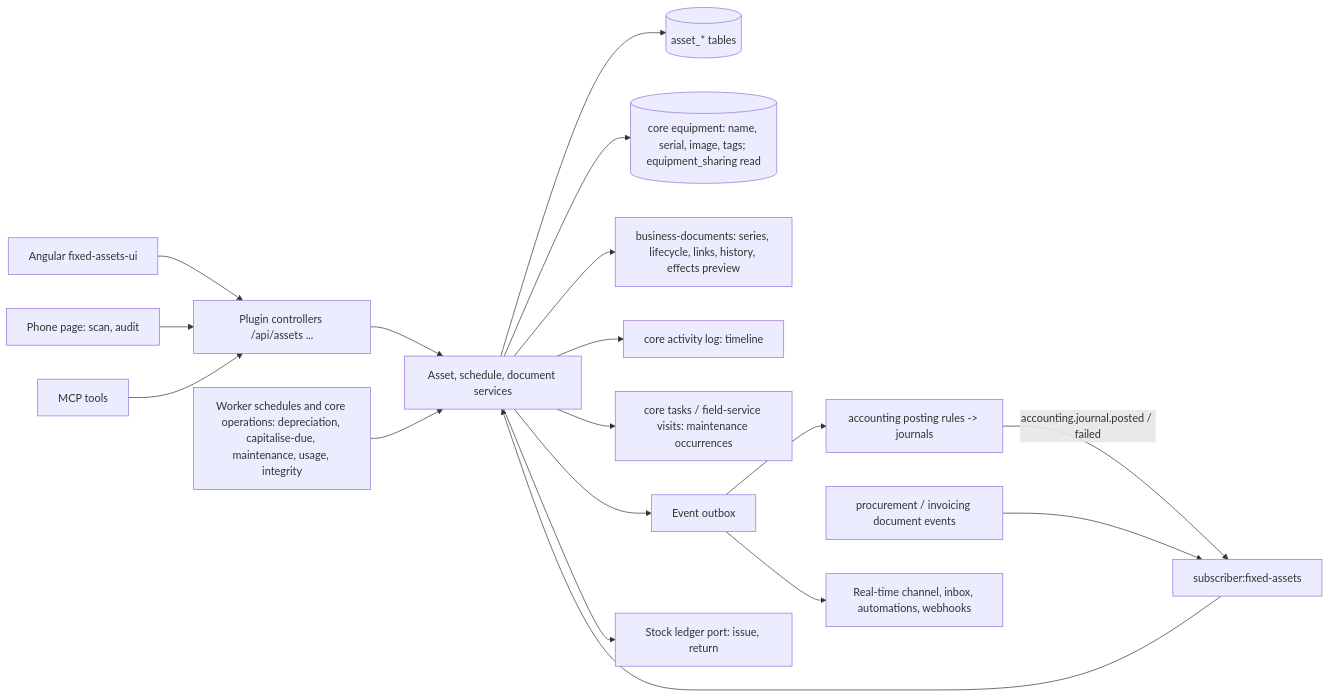
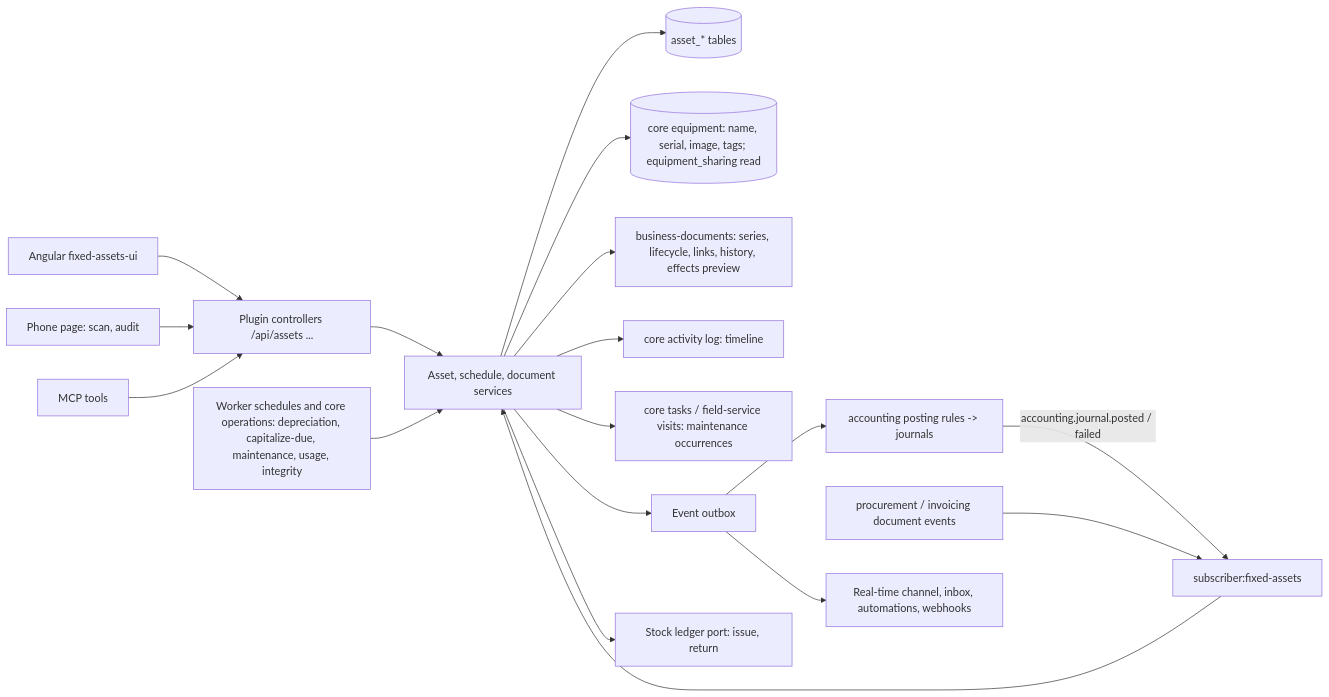
Before and after one commit to ever-co/ever-gauzy: the diagram in docs/specs/features/fixed-assets/plan.md, drawn with Mermaid. The commit also changed other lines of this file and 205 other files, not shown here.

````diff
--- a/docs/specs/features/fixed-assets/plan.md
+++ b/docs/specs/features/fixed-assets/plan.md
@@ -35,20 +35,20 @@
 ```mermaid
 flowchart LR
     UI[Angular fixed-assets-ui] --> API[Plugin controllers /api/assets ...]
     PH[Phone page: scan, audit] --> API
     MCP[MCP tools] --> API
     API --> SVC[Asset, schedule, document services]
     SVC --> DB[(asset_* tables)]
     SVC --> EQ[(core equipment: name, serial, image, tags; equipment_sharing read)]
     SVC --> DOC[business-documents: series, lifecycle, links, history, effects preview]
     SVC --> AL[core activity log: timeline]
     SVC --> TSK[core tasks / field-service visits: maintenance occurrences]
     SVC --> OUT[Event outbox]
     OUT --> ACC[accounting posting rules -> journals]
     ACC -- accounting.journal.posted / failed --> CON[subscriber:fixed-assets]
     PUR[procurement / invoicing document events] --> CON
     CON --> SVC
     SVC --> STK[Stock ledger port: issue, return]
-    JOB[Worker schedules and core operations: depreciation, capitalise-due, maintenance, usage, integrity] --> SVC
+    JOB[Worker schedules and core operations: depreciation, capitalize-due, maintenance, usage, integrity] --> SVC
     OUT --> RT[Real-time channel, inbox, automations, webhooks]
 ```
````
